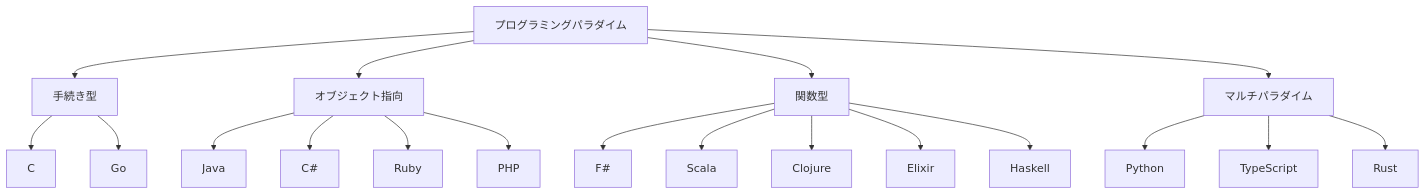
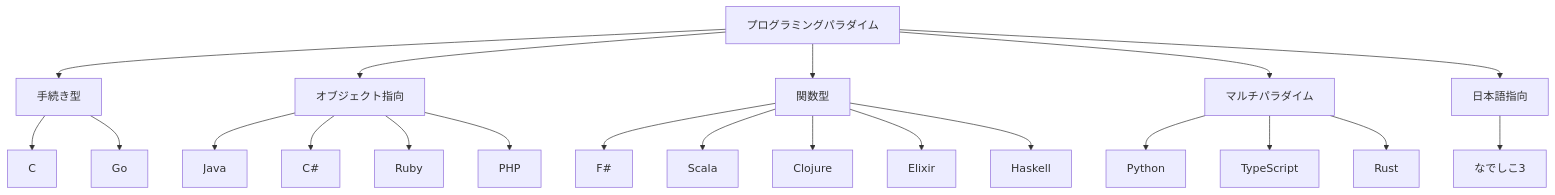
One commit to k2works/getting-started-algorithm changed the diagram in docs/article/all/01-language-overview.md. Above: the diagram before and after it, drawn with Mermaid. The commit also changed other lines of this file and 7 other files, not shown here.

````diff
--- a/docs/article/all/01-language-overview.md
+++ b/docs/article/all/01-language-overview.md
@@ -11,21 +11,23 @@
 ```mermaid
 graph TD
     A[プログラミングパラダイム] --> B[手続き型]
     A --> C[オブジェクト指向]
     A --> D[関数型]
     B --> B1[C]
     B --> B2[Go]
     C --> C1[Java]
     C --> C2[C#]
     C --> C3[Ruby]
     C --> C4[PHP]
     A --> E[マルチパラダイム]
     E --> E1[Python]
     E --> E2[TypeScript]
     E --> E3[Rust]
     D --> D1[F#]
     D --> D2[Scala]
     D --> D3[Clojure]
     D --> D4[Elixir]
     D --> D5[Haskell]
+    A --> F[日本語指向]
+    F --> F1[なでしこ3]
 ```
````
